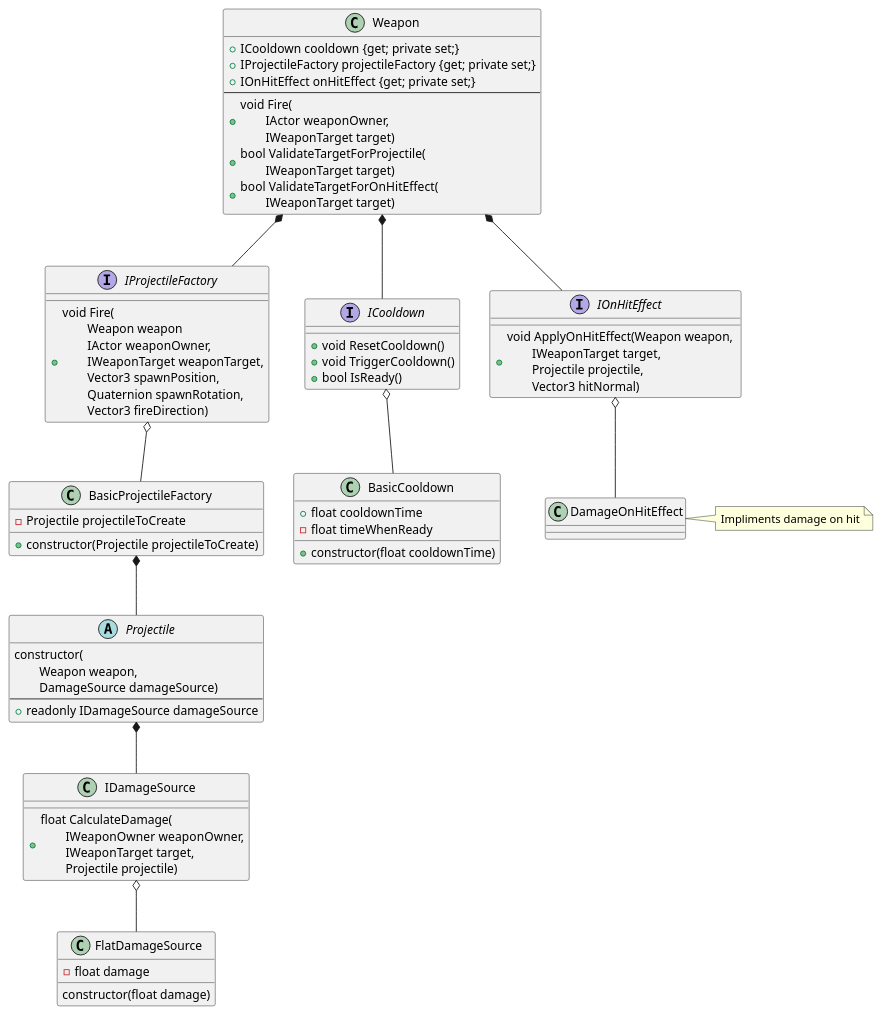
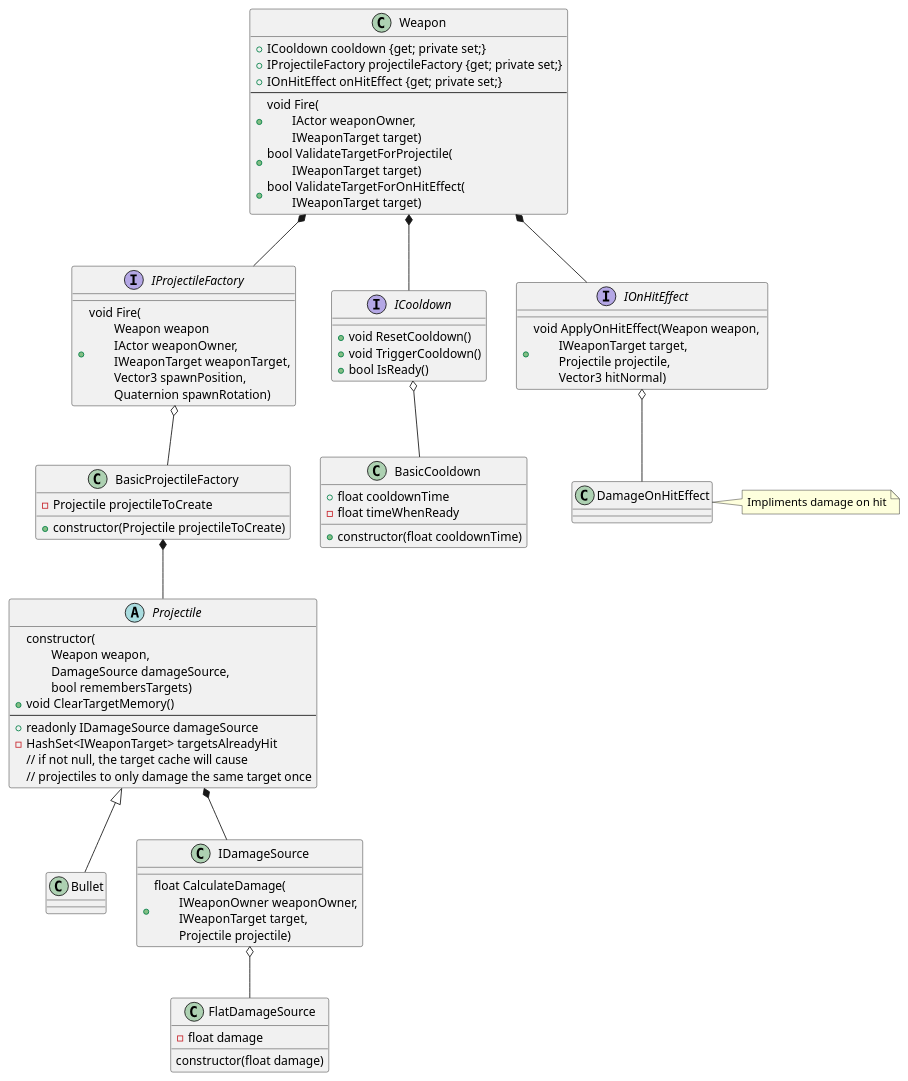
One commit to CriusNyx/CSI-4999 changed the second of 4 diagrams in TouchCrawlerUnity/Assets/Documentation/WeaponSystem.puml. Above: the diagram before and after it, drawn with PlantUML. The commit also changed other lines of this file, not shown here.

Commit message:
Weapon Tweak

```diff
--- a/TouchCrawlerUnity/Assets/Documentation/WeaponSystem.puml
+++ b/TouchCrawlerUnity/Assets/Documentation/WeaponSystem.puml
@@ -43,78 +43,88 @@
 @startuml weaponClassDiagram
 
 
 class Weapon{
     + ICooldown cooldown {get; private set;}
     + IProjectileFactory projectileFactory {get; private set;}
     + IOnHitEffect onHitEffect {get; private set;}
     ---
     + void Fire(\n\tIActor weaponOwner,\n\tIWeaponTarget target)
     + bool ValidateTargetForProjectile(\n\tIWeaponTarget target)
     + bool ValidateTargetForOnHitEffect(\n\tIWeaponTarget target)
 }
 
 Weapon *-- IProjectileFactory
 Weapon *-- ICooldown
 Weapon *-- IOnHitEffect
 
 interface IProjectileFactory{
-    + void Fire(\n\tWeapon weapon\n\tIActor weaponOwner,\n\tIWeaponTarget weaponTarget,\n\tVector3 spawnPosition,\n\tQuaternion spawnRotation,\n\tVector3 fireDirection)
+    + void Fire(\n\tWeapon weapon\n\tIActor weaponOwner,\n\tIWeaponTarget weaponTarget,\n\tVector3 spawnPosition,\n\tQuaternion spawnRotation)
 }
 
 class BasicProjectileFactory{
     - Projectile projectileToCreate
     + constructor(Projectile projectileToCreate)
 }
 
 BasicProjectileFactory *-- Projectile
 
 IProjectileFactory o-- BasicProjectileFactory
 
 interface ICooldown{
     + void ResetCooldown()
     + void TriggerCooldown()
     + bool IsReady()
 }
 
 ICooldown o-- BasicCooldown
 
 class BasicCooldown{
     + float cooldownTime
     - float timeWhenReady
     + constructor(float cooldownTime)
 }
 
 interface IOnHitEffect{
     + void ApplyOnHitEffect(Weapon weapon, \n\tIWeaponTarget target,\n\tProjectile projectile,\n\tVector3 hitNormal)
 }
 
 IOnHitEffect o-- DamageOnHitEffect
 
 class DamageOnHitEffect{
 
 }
 
 note right of DamageOnHitEffect : Impliments damage on hit
 
 abstract class Projectile{
-    constructor(\n\tWeapon weapon,\n\tDamageSource damageSource)
+    constructor(\n\tWeapon weapon,\n\tDamageSource damageSource,\n\tbool remembersTargets)
+    + void ClearTargetMemory()
     ---
     + readonly IDamageSource damageSource
+    - HashSet<IWeaponTarget> targetsAlreadyHit
+    // if not null, the target cache will cause 
+    // projectiles to only damage the same target once
+}
+
+Projectile <|-- Bullet
+
+class Bullet{
+
 }
 
 
 
 Projectile *-- IDamageSource
 
 class IDamageSource{
     + float CalculateDamage(\n\tIWeaponOwner weaponOwner,\n\tIWeaponTarget target,\n\tProjectile projectile)
 }
 
 IDamageSource o-- FlatDamageSource
 
 class FlatDamageSource{
     constructor(float damage)
     - float damage
 }
 
 @enduml
```
